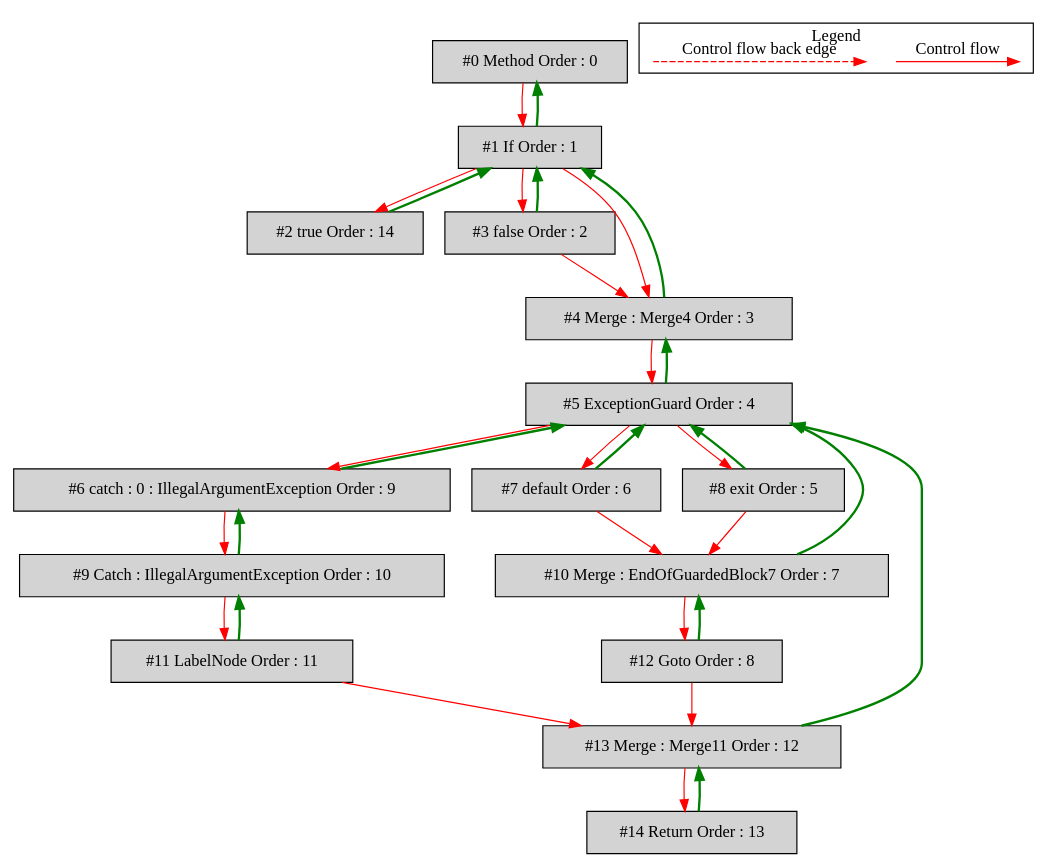
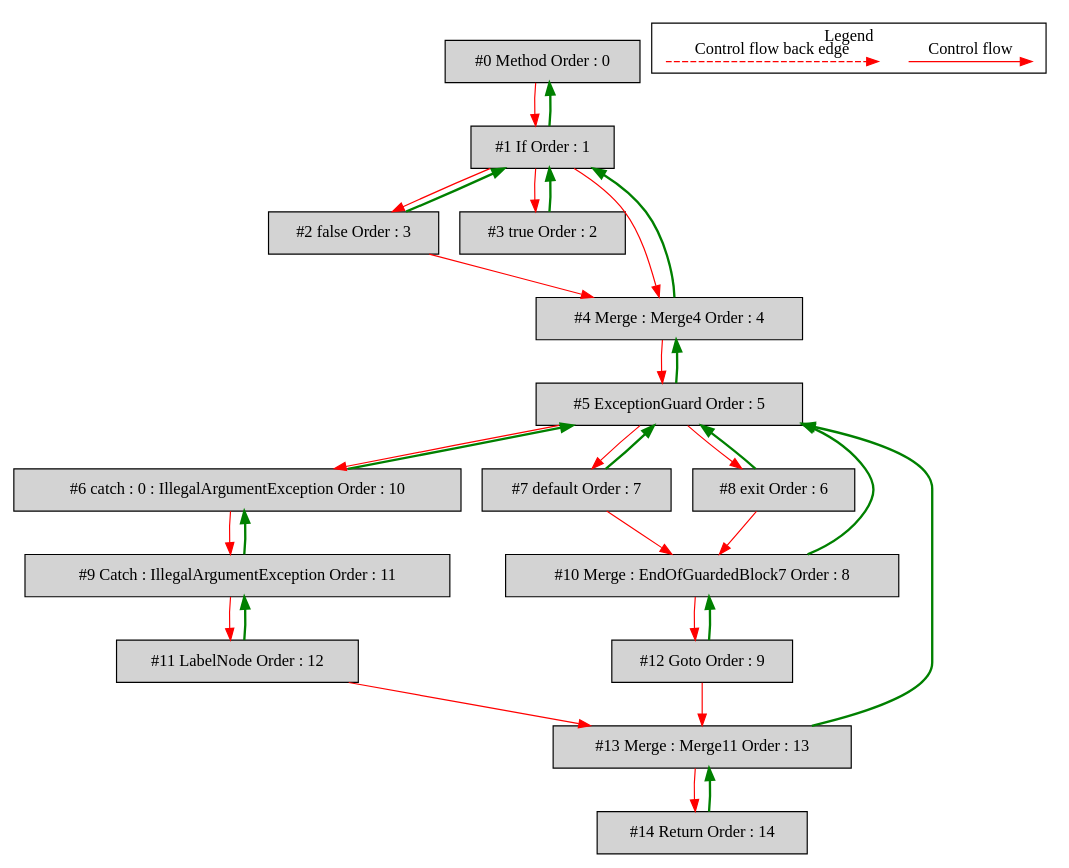
The diagram in de.mirkosertic.metair.ir.OpcodeTryCatchTest/test_MergeWithTryCatch/ir_cfg_dominatortree.dot (mirkosertic/MetaIR), drawn with Graphviz before and after one commit. The commit also changed 866 other files, not shown here.

```diff
--- a/de.mirkosertic.metair.ir.OpcodeTryCatchTest/test_MergeWithTryCatch/ir_cfg_dominatortree.dot
+++ b/de.mirkosertic.metair.ir.OpcodeTryCatchTest/test_MergeWithTryCatch/ir_cfg_dominatortree.dot
@@ -1,63 +1,63 @@
 digraph debugoutput {
  ordering="in";
  node0[label="#0 Method Order : 0",shape=box, fillcolor=lightgrey, style=filled];
  node1[label="#1 If Order : 1",shape=box, fillcolor=lightgrey, style=filled];
  node1 -> node0[dir="forward" color="green" penwidth="2"];
  node0 -> node1[labeldistance=2, color=red, fontcolor=red];
- node2[label="#2 true Order : 14",shape=box, fillcolor=lightgrey, style=filled];
+ node2[label="#2 false Order : 3",shape=box, fillcolor=lightgrey, style=filled];
  node2 -> node1[dir="forward" color="green" penwidth="2"];
  node1 -> node2[labeldistance=2, color=red, fontcolor=red];
- node3[label="#3 false Order : 2",shape=box, fillcolor=lightgrey, style=filled];
+ node3[label="#3 true Order : 2",shape=box, fillcolor=lightgrey, style=filled];
  node3 -> node1[dir="forward" color="green" penwidth="2"];
  node1 -> node3[labeldistance=2, color=red, fontcolor=red];
- node4[label="#4 Merge : Merge4 Order : 3",shape=box, fillcolor=lightgrey, style=filled];
+ node4[label="#4 Merge : Merge4 Order : 4",shape=box, fillcolor=lightgrey, style=filled];
  node4 -> node1[dir="forward" color="green" penwidth="2"];
  node1 -> node4[labeldistance=2, color=red, fontcolor=red];
- node3 -> node4[labeldistance=2, color=red, fontcolor=red];
- node5[label="#5 ExceptionGuard Order : 4",shape=box, fillcolor=lightgrey, style=filled];
+ node2 -> node4[labeldistance=2, color=red, fontcolor=red];
+ node5[label="#5 ExceptionGuard Order : 5",shape=box, fillcolor=lightgrey, style=filled];
  node5 -> node4[dir="forward" color="green" penwidth="2"];
  node4 -> node5[labeldistance=2, color=red, fontcolor=red];
- node6[label="#6 catch : 0 : IllegalArgumentException Order : 9",shape=box, fillcolor=lightgrey, style=filled];
+ node6[label="#6 catch : 0 : IllegalArgumentException Order : 10",shape=box, fillcolor=lightgrey, style=filled];
  node6 -> node5[dir="forward" color="green" penwidth="2"];
  node5 -> node6[labeldistance=2, color=red, fontcolor=red];
- node7[label="#7 default Order : 6",shape=box, fillcolor=lightgrey, style=filled];
+ node7[label="#7 default Order : 7",shape=box, fillcolor=lightgrey, style=filled];
  node7 -> node5[dir="forward" color="green" penwidth="2"];
  node5 -> node7[labeldistance=2, color=red, fontcolor=red];
- node8[label="#8 exit Order : 5",shape=box, fillcolor=lightgrey, style=filled];
+ node8[label="#8 exit Order : 6",shape=box, fillcolor=lightgrey, style=filled];
  node8 -> node5[dir="forward" color="green" penwidth="2"];
  node5 -> node8[labeldistance=2, color=red, fontcolor=red];
- node9[label="#9 Catch : IllegalArgumentException Order : 10",shape=box, fillcolor=lightgrey, style=filled];
+ node9[label="#9 Catch : IllegalArgumentException Order : 11",shape=box, fillcolor=lightgrey, style=filled];
  node9 -> node6[dir="forward" color="green" penwidth="2"];
  node6 -> node9[labeldistance=2, color=red, fontcolor=red];
- node10[label="#10 Merge : EndOfGuardedBlock7 Order : 7",shape=box, fillcolor=lightgrey, style=filled];
+ node10[label="#10 Merge : EndOfGuardedBlock7 Order : 8",shape=box, fillcolor=lightgrey, style=filled];
  node10 -> node5[dir="forward" color="green" penwidth="2"];
  node7 -> node10[labeldistance=2, color=red, fontcolor=red];
  node8 -> node10[labeldistance=2, color=red, fontcolor=red];
- node11[label="#11 LabelNode Order : 11",shape=box, fillcolor=lightgrey, style=filled];
+ node11[label="#11 LabelNode Order : 12",shape=box, fillcolor=lightgrey, style=filled];
  node11 -> node9[dir="forward" color="green" penwidth="2"];
  node9 -> node11[labeldistance=2, color=red, fontcolor=red];
- node12[label="#12 Goto Order : 8",shape=box, fillcolor=lightgrey, style=filled];
+ node12[label="#12 Goto Order : 9",shape=box, fillcolor=lightgrey, style=filled];
  node12 -> node10[dir="forward" color="green" penwidth="2"];
  node10 -> node12[labeldistance=2, color=red, fontcolor=red];
- node13[label="#13 Merge : Merge11 Order : 12",shape=box, fillcolor=lightgrey, style=filled];
+ node13[label="#13 Merge : Merge11 Order : 13",shape=box, fillcolor=lightgrey, style=filled];
  node13 -> node5[dir="forward" color="green" penwidth="2"];
  node12 -> node13[labeldistance=2, color=red, fontcolor=red];
  node11 -> node13[labeldistance=2, color=red, fontcolor=red];
- node14[label="#14 Return Order : 13",shape=box, fillcolor=lightgrey, style=filled];
+ node14[label="#14 Return Order : 14",shape=box, fillcolor=lightgrey, style=filled];
  node14 -> node13[dir="forward" color="green" penwidth="2"];
  node13 -> node14[labeldistance=2, color=red, fontcolor=red];
  subgraph cluster_000 {
   label = "Legend";
   node [shape=point]
   {
    rank=same;
    c0 [style = invis];
    c1 [style = invis];
    c2 [style = invis];
    c3 [style = invis];
   }
   c0 -> c1 [label="Control flow", style=solid, color=red]
   c2 -> c3 [label="Control flow back edge", style=dashed, color=red]
  }
 
 }
```
